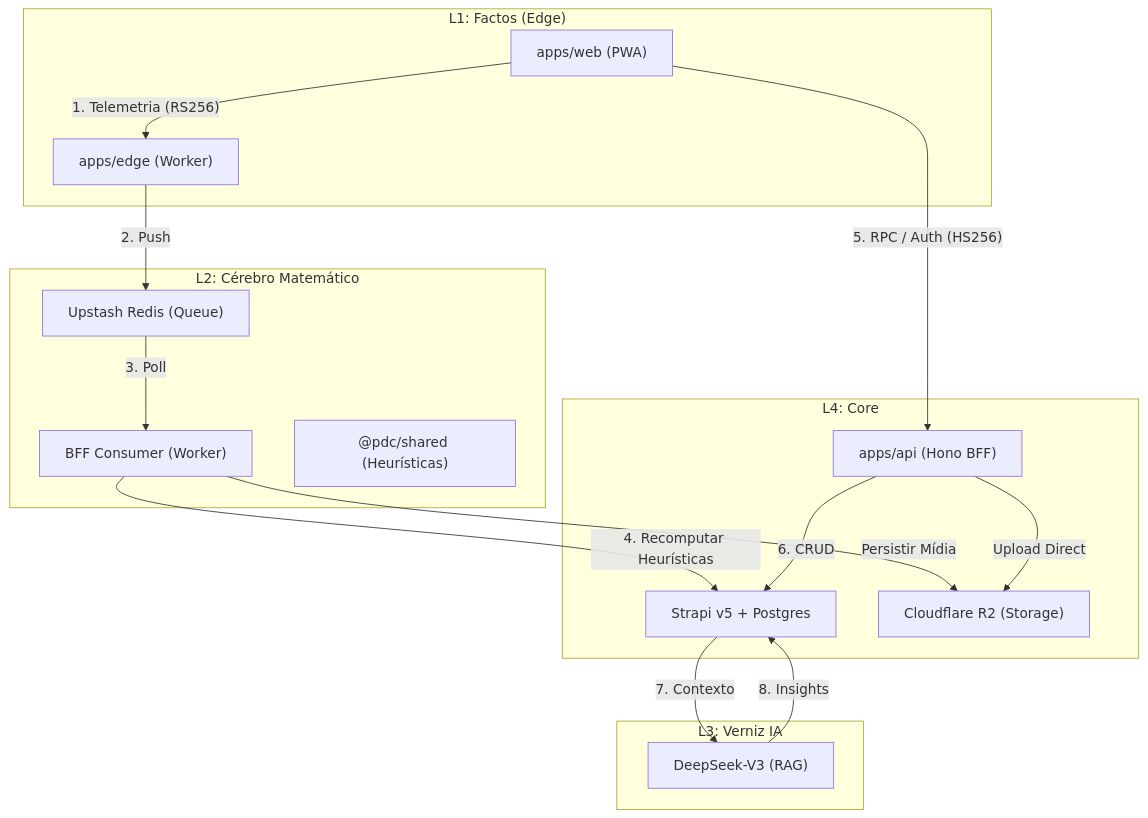
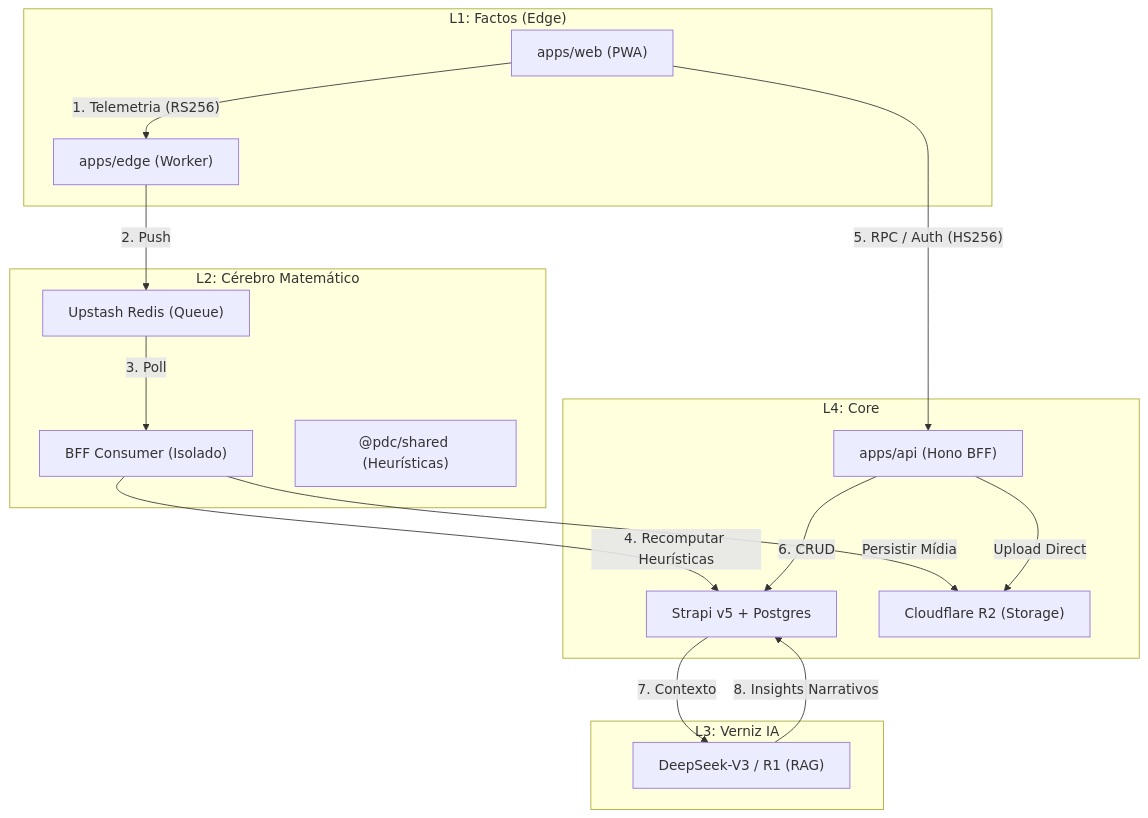
The diagram in docs/guia-tecnico/arquitectura.md (TARSENFOLD/pdc), drawn with Mermaid before and after one commit. The commit also changed other lines of this file and 60 other files, not shown here.

````diff
--- a/docs/guia-tecnico/arquitectura.md
+++ b/docs/guia-tecnico/arquitectura.md
@@ -33,36 +33,36 @@
 ```mermaid
 graph TD
     subgraph L1["L1: Factos (Edge)"]
         WEB["apps/web (PWA)"]
         EDGE["apps/edge (Worker)"]
     end
 
     subgraph L2["L2: Cérebro Matemático"]
         QUEUE["Upstash Redis (Queue)"]
-        BFF_CONS["BFF Consumer (Worker)"]
+        BFF_CONS["BFF Consumer (Isolado)"]
         SHARED["@pdc/shared (Heurísticas)"]
     end
 
     subgraph L3["L3: Verniz IA"]
-        TINA["DeepSeek-V3 (RAG)"]
+        TINA["DeepSeek-V3 / R1 (RAG)"]
     end
 
     subgraph L4["L4: Core"]
         BFF_API["apps/api (Hono BFF)"]
         STRAPI["Strapi v5 + Postgres"]
         R2["Cloudflare R2 (Storage)"]
     end
 
     WEB --"1. Telemetria (RS256)"--> EDGE
     EDGE --"2. Push"--> QUEUE
     QUEUE --"3. Poll"--> BFF_CONS
     BFF_CONS --"4. Recomputar Heurísticas"--> STRAPI
     BFF_CONS --"Persistir Mídia"--> R2
     
     WEB --"5. RPC / Auth (HS256)"--> BFF_API
     BFF_API --"6. CRUD"--> STRAPI
     BFF_API --"Upload Direct"--> R2
     
     STRAPI --"7. Contexto"--> TINA
-    TINA --"8. Insights"--> STRAPI
+    TINA --"8. Insights Narrativos"--> STRAPI
 ```
````
